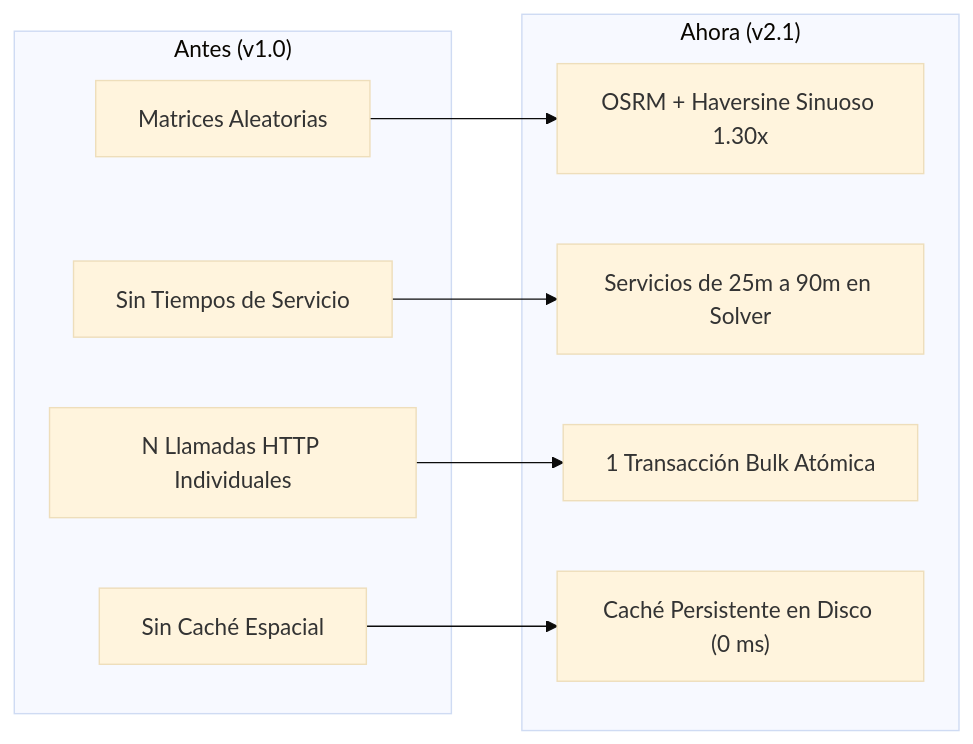
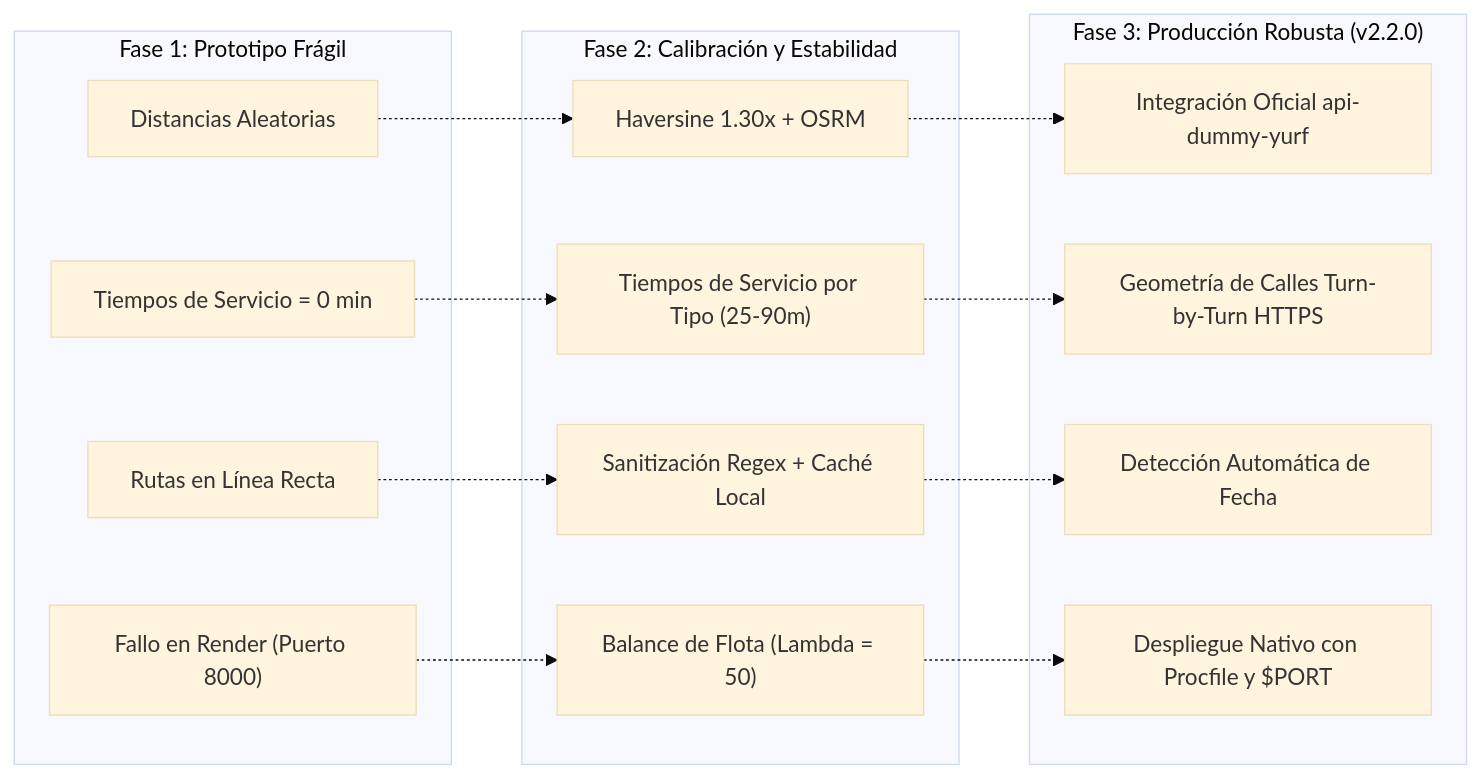
The second of 2 diagrams in INFORME_TECNICO_SERVICIO_OPTIMIZACION.md (Aikodv/optimizador-demo), drawn with Mermaid (base theme) before and after one commit. The commit also changed other lines of this file, not shown here.

````diff
--- a/INFORME_TECNICO_SERVICIO_OPTIMIZACION.md
+++ b/INFORME_TECNICO_SERVICIO_OPTIMIZACION.md
@@ -445,21 +417,28 @@
 ```mermaid
 graph LR
-    subgraph "Antes (v1.0)"
-        A1["Matrices Aleatorias"]
-        A2["Sin Tiempos de Servicio"]
-        A3["N Llamadas HTTP Individuales"]
-        A4["Sin Caché Espacial"]
+    subgraph "Fase 1: Prototipo Frágil"
+        M1["Distancias Aleatorias"]
+        M2["Tiempos de Servicio = 0 min"]
+        M3["Rutas en Línea Recta"]
+        M4["Fallo en Render (Puerto 8000)"]
     end
 
-    subgraph "Ahora (v2.1)"
-        B1["OSRM + Haversine Sinuoso 1.30x"]
-        B2["Servicios de 25m a 90m en Solver"]
-        B3["1 Transacción Bulk Atómica"]
-        B4["Caché Persistente en Disco (0 ms)"]
+    subgraph "Fase 2: Calibración y Estabilidad"
+        C1["Haversine 1.30x + OSRM"]
+        C2["Tiempos de Servicio por Tipo (25-90m)"]
+        C3["Sanitización Regex + Caché Local"]
+        C4["Balance de Flota (Lambda = 50)"]
     end
 
-    A1 --> B1
-    A2 --> B2
-    A3 --> B3
-    A4 --> B4
+    subgraph "Fase 3: Producción Robusta (v2.2.0)"
+        P1["Integración Oficial api-dummy-yurf"]
+        P2["Geometría de Calles Turn-by-Turn HTTPS"]
+        P3["Detección Automática de Fecha"]
+        P4["Despliegue Nativo con Procfile y $PORT"]
+    end
+
+    M1 -.-> C1 -.-> P1
+    M2 -.-> C2 -.-> P2
+    M3 -.-> C3 -.-> P3
+    M4 -.-> C4 -.-> P4
 ```
````
